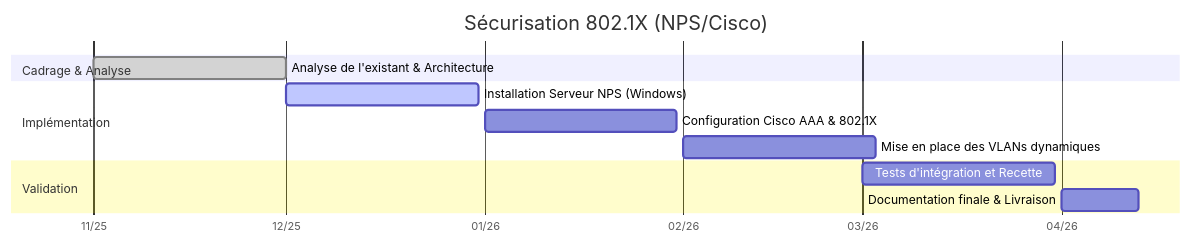
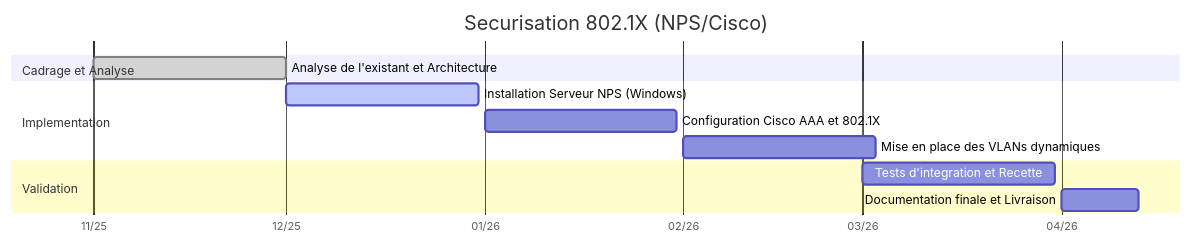
The diagram in README.md (edib16/RP01-Securisation-Reseau-8021X), drawn with Mermaid before and after one commit. The commit also changed other lines of this file and 1 other file, not shown here.

Commit message:
Correction Gantt et finalisation RP01

````diff
--- a/README.md
+++ b/README.md
@@ -33,18 +33,18 @@
 ```mermaid
 gantt
-    title Sécurisation 802.1X (NPS/Cisco)
+    title Securisation 802.1X (NPS/Cisco)
     dateFormat  YYYY-MM
     axisFormat  %m/%y
     
-    section Cadrage & Analyse
-    Analyse de l'existant & Architecture :done, des1, 2025-11-01, 30d
+    section Cadrage et Analyse
+    Analyse de l'existant et Architecture :done, des1, 2025-11-01, 30d
     
-    section Implémentation
+    section Implementation
     Installation Serveur NPS (Windows)  :active, des2, 2025-12-01, 30d
-    Configuration Cisco AAA & 802.1X    :        des3, 2026-01-01, 30d
+    Configuration Cisco AAA et 802.1X    :        des3, 2026-01-01, 30d
     Mise en place des VLANs dynamiques  :        des4, 2026-02-01, 30d
     
     section Validation
-    Tests d'intégration et Recette      :        des5, 2026-03-01, 30d
-    Documentation finale & Livraison    :        des6, 2026-04-01, 12d
+    Tests d'integration et Recette      :        des5, 2026-03-01, 30d
+    Documentation finale et Livraison    :        des6, 2026-04-01, 12d
 ```
````
